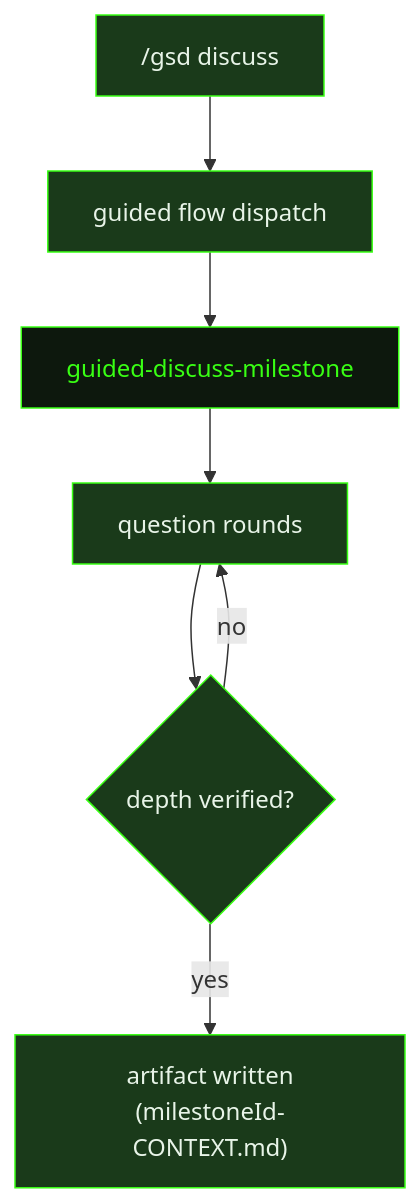
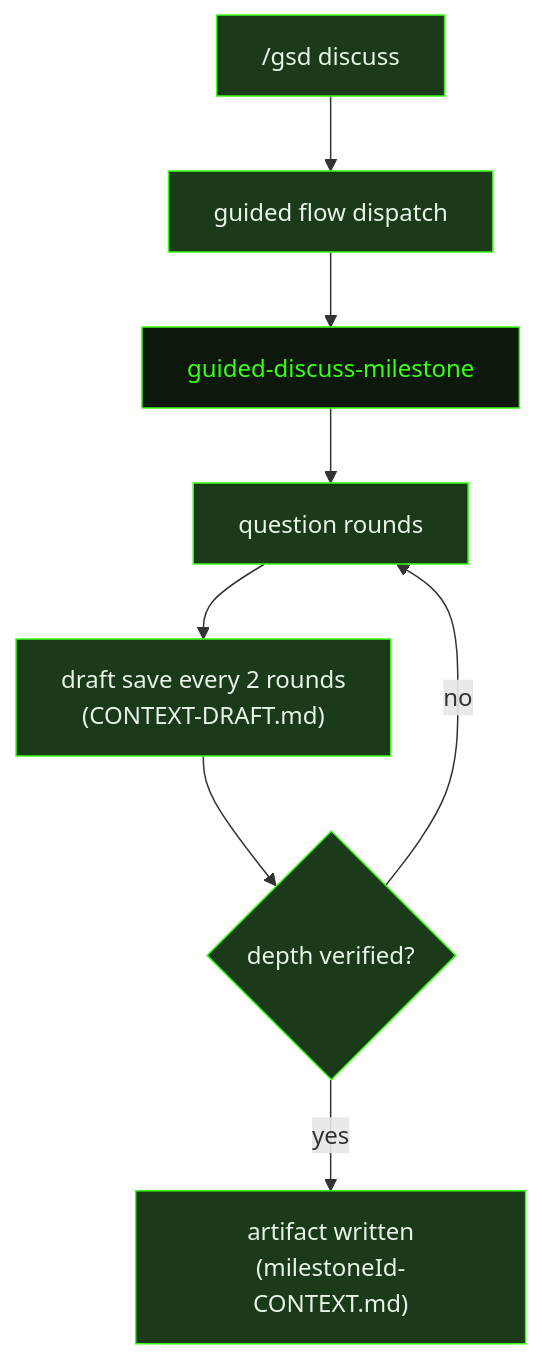
The diagram in src/content/docs/prompts/guided-discuss-milestone.mdx (shusha-group/gsd2-guide), drawn with Mermaid before and after one commit. The commit also changed other lines of this file and 37 other files, not shown here.

````diff
--- a/src/content/docs/prompts/guided-discuss-milestone.mdx
+++ b/src/content/docs/prompts/guided-discuss-milestone.mdx
@@ -20,16 +24,18 @@
 ```mermaid
 flowchart TD
     GsdCommand["/gsd discuss"] --> SelectUnit["guided flow dispatch"]
     SelectUnit --> GuidedDiscussMilestone["guided-discuss-milestone"]
     GuidedDiscussMilestone --> QuestionRounds["question rounds"]
-    QuestionRounds --> DepthVerification{"depth verified?"}
+    QuestionRounds --> DraftSave["draft save every 2 rounds\n(CONTEXT-DRAFT.md)"]
+    DraftSave --> DepthVerification{"depth verified?"}
     DepthVerification -->|"no"| QuestionRounds
     DepthVerification -->|"yes"| ArtifactWritten["artifact written\n(milestoneId-CONTEXT.md)"]
 
     style GuidedDiscussMilestone fill:#0d180d,stroke:#39ff14,color:#39ff14
     style GsdCommand fill:#1a3a1a,stroke:#39ff14,color:#e8f4e8
     style SelectUnit fill:#1a3a1a,stroke:#39ff14,color:#e8f4e8
     style QuestionRounds fill:#1a3a1a,stroke:#39ff14,color:#e8f4e8
+    style DraftSave fill:#1a3a1a,stroke:#39ff14,color:#e8f4e8
     style DepthVerification fill:#1a3a1a,stroke:#39ff14,color:#e8f4e8
     style ArtifactWritten fill:#1a3a1a,stroke:#39ff14,color:#e8f4e8
 ```
````
